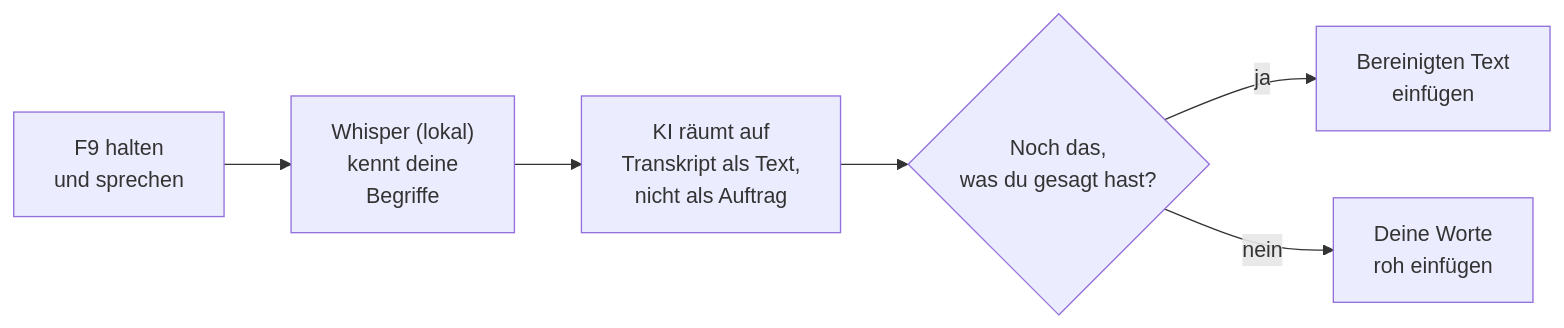
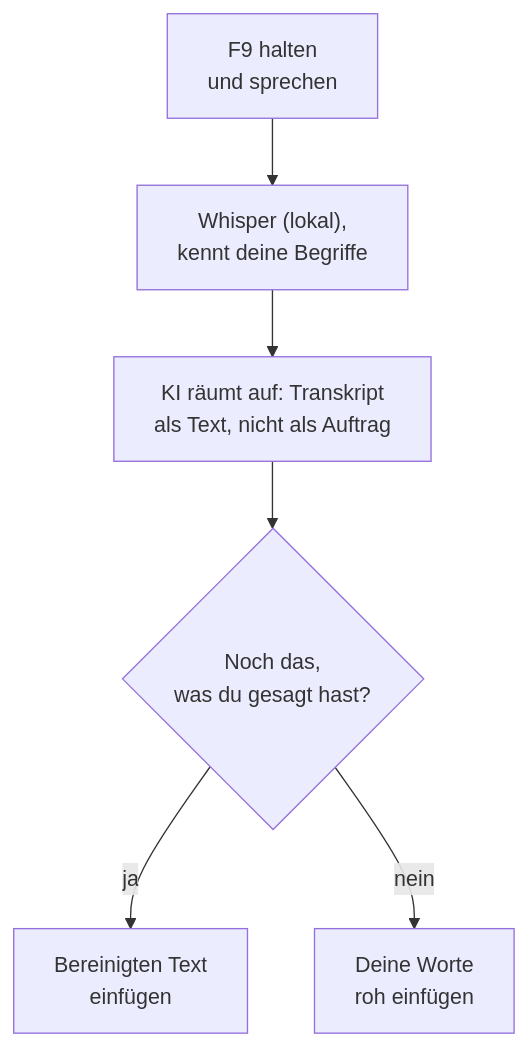
One commit to FynnXland/fleech changed the diagram in README.de.md. Above: the diagram before and after it, drawn with Mermaid. The commit also changed 1 other file, not shown here.

Commit message:
README: How-it-works-Diagramm senkrecht, GitHubs Zoom-Knöpfe verdeckten die Endknoten

````diff
--- a/README.de.md
+++ b/README.de.md
@@ -59,8 +59,8 @@
 ```mermaid
-flowchart LR
-    A["F9 halten<br/>und sprechen"] --> B["Whisper (lokal)<br/>kennt deine<br/>Begriffe"]
-    B --> C["KI räumt auf<br/>Transkript als Text,<br/>nicht als Auftrag"]
+flowchart TD
+    A["F9 halten<br/>und sprechen"] --> B["Whisper (lokal),<br/>kennt deine Begriffe"]
+    B --> C["KI räumt auf: Transkript<br/>als Text, nicht als Auftrag"]
     C --> D{"Noch das,<br/>was du gesagt hast?"}
     D -->|ja| E["Bereinigten Text<br/>einfügen"]
     D -->|nein| F["Deine Worte<br/>roh einfügen"]
 ```
````
